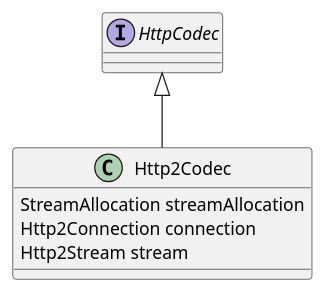
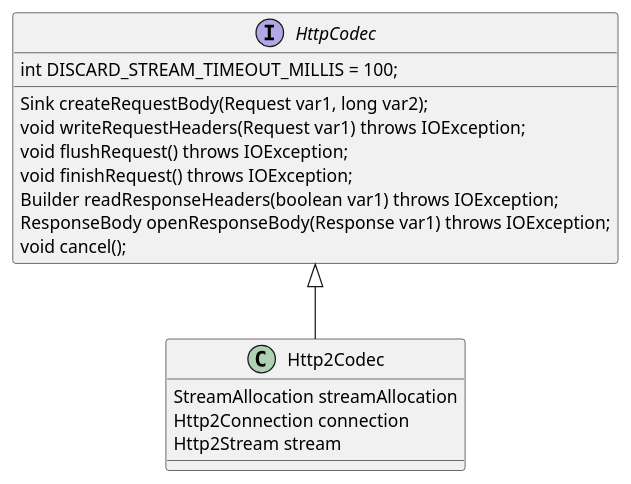
Before and after one commit to booqin/OkHttpSample: the diagram in Http2Codec.puml, drawn with PlantUML. The commit also changed 3 other files, not shown here.

```diff
--- a/Http2Codec.puml
+++ b/Http2Codec.puml
@@ -1,34 +1,43 @@
 @startuml
 
 'abstract class AbstractList
 'abstract AbstractCollection
 
 'List <|-- AbstractList
 'Collection <|-- AbstractCollection
 
 'Collection <|- List
 'AbstractCollection <|- AbstractList
 'AbstractList <|-- ArrayList
 
 'class ArrayList {
 'Object[] elementData
 'size()
 '}
 '
 'enum TimeUnit {
 'DAYS
 'HOURS
 'MINUTES
 '}
 
-interface HttpCodec
+interface HttpCodec{
+    int DISCARD_STREAM_TIMEOUT_MILLIS = 100;
+    Sink createRequestBody(Request var1, long var2);
+    void writeRequestHeaders(Request var1) throws IOException;
+    void flushRequest() throws IOException;
+    void finishRequest() throws IOException;
+    Builder readResponseHeaders(boolean var1) throws IOException;
+    ResponseBody openResponseBody(Response var1) throws IOException;
+    void cancel();
+}
 HttpCodec <|-- Http2Codec
 
 class Http2Codec {
 StreamAllocation streamAllocation
 Http2Connection connection
 Http2Stream stream
 }
 
 
 @enduml
```
